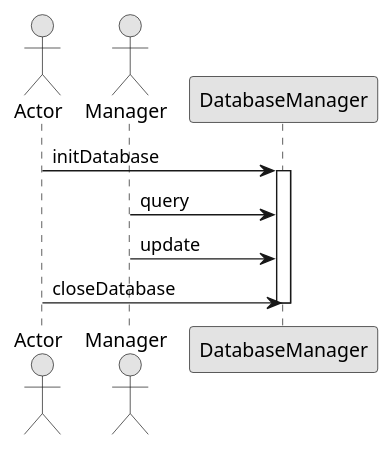
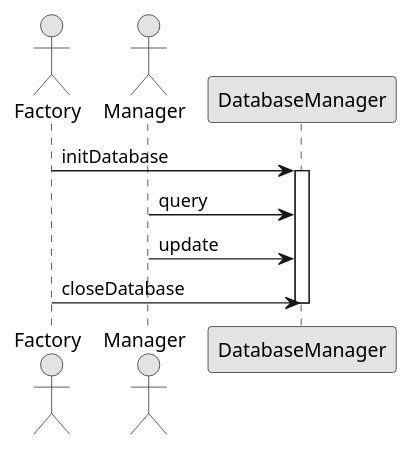
Before and after one commit to avrocha/plant-floor-control: the diagram in docs/sequence_uml/database_manager.puml, drawn with PlantUML. The commit also changed 2 other files, not shown here.

Commit message:
UML: Change actor name
References: #1 #2 #3

```diff
--- a/docs/sequence_uml/database_manager.puml
+++ b/docs/sequence_uml/database_manager.puml
@@ -1,18 +1,18 @@
 @startuml
 skinparam linetype ortho
 skinparam Monochrome true
 skinparam classAttributeIconSize 0
 
-actor Actor as Actor
+actor Factory as Factory
 actor Manager as Manager
 
-Actor -> DatabaseManager: initDatabase
+Factory -> DatabaseManager: initDatabase
 activate DatabaseManager
 
 DatabaseManager <- Manager: query
 
 DatabaseManager <- Manager: update
 
-Actor -> DatabaseManager: closeDatabase
+Factory -> DatabaseManager: closeDatabase
 deactivate DatabaseManager
 @enduml
```
